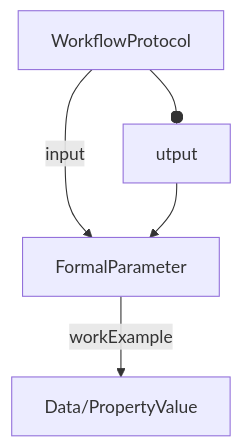
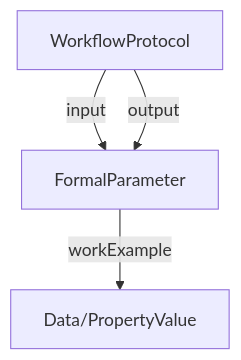
Before and after one commit to HLWeil/ProcessCore: the diagram in spec/decorations/workflow-run/FormalParameter.md, drawn with Mermaid. The commit also changed other lines of this file and 7 other files, not shown here.

````diff
--- a/spec/decorations/workflow-run/FormalParameter.md
+++ b/spec/decorations/workflow-run/FormalParameter.md
@@ -25,6 +27,6 @@
 ```mermaid
 flowchart TD
     WorkflowProtocol --input--> FormalParameter
-    WorkflowProtocol --output--> FormalParameter
+    WorkflowProtocol --"output"--> FormalParameter
     FormalParameter --workExample--> Data/PropertyValue
 ```
````
